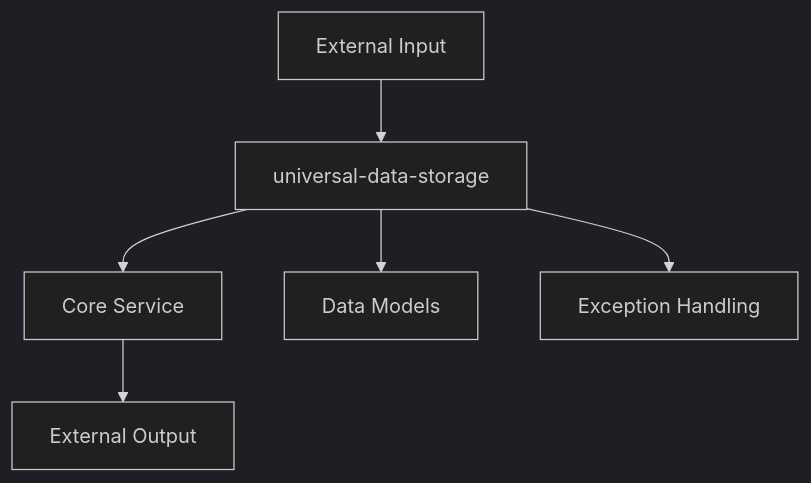
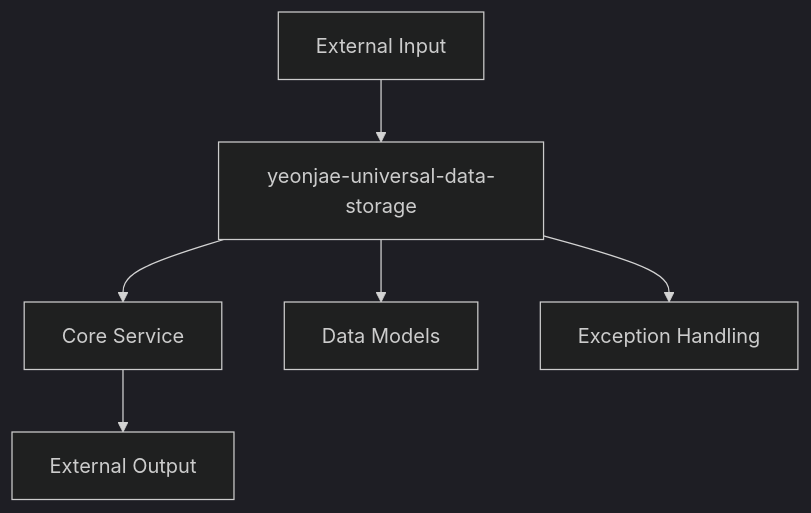
The first of 4 diagrams in packages/yeonjae-universal-data-storage/docs/technical-specification.md (yeonjae-work/universal-modules), drawn with Mermaid (dark theme) before and after one commit. The commit also changed other lines of this file and 11 other files, not shown here.

````diff
--- a/packages/yeonjae-universal-data-storage/docs/technical-specification.md
+++ b/packages/yeonjae-universal-data-storage/docs/technical-specification.md
@@ -23,8 +23,8 @@
 ```mermaid
 graph TB
-    A[External Input] --> B[universal-data-storage]
+    A[External Input] --> B[yeonjae-universal-data-storage]
     B --> C[Core Service]
     B --> D[Data Models]
     B --> E[Exception Handling]
     C --> F[External Output]
 ```
````
